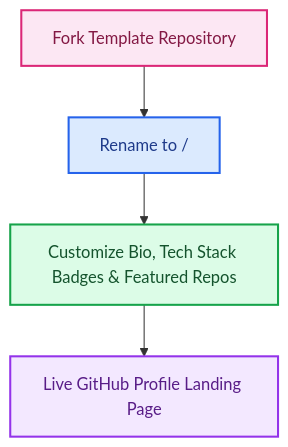
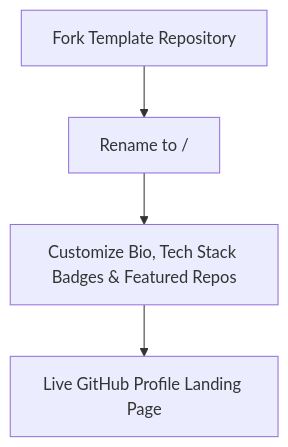
The diagram in README.md (RobinaMirbahar/Readme-Profile-Sample-Temaplate), drawn with Mermaid before and after one commit.

Commit message:
docs: revert Mermaid color overrides for crisp native GitHub rendering and consolidate header

````diff
--- a/README.md
+++ b/README.md
@@ -28,10 +28,6 @@
 ```mermaid
 flowchart TD
     A["Fork Template Repository"] --> B["Rename to <username>/<username>"]
     B --> C["Customize Bio, Tech Stack Badges & Featured Repos"]
     C --> D["Live GitHub Profile Landing Page"]
-    style A fill:#fce7f3,stroke:#db2777,stroke-width:2px,color:#831843
-    style B fill:#dbeafe,stroke:#2563eb,stroke-width:2px,color:#1e3a8a
-    style C fill:#dcfce7,stroke:#16a34a,stroke-width:2px,color:#14532d
-    style D fill:#f3e8ff,stroke:#9333ea,stroke-width:2px,color:#581c87
 ```
````
